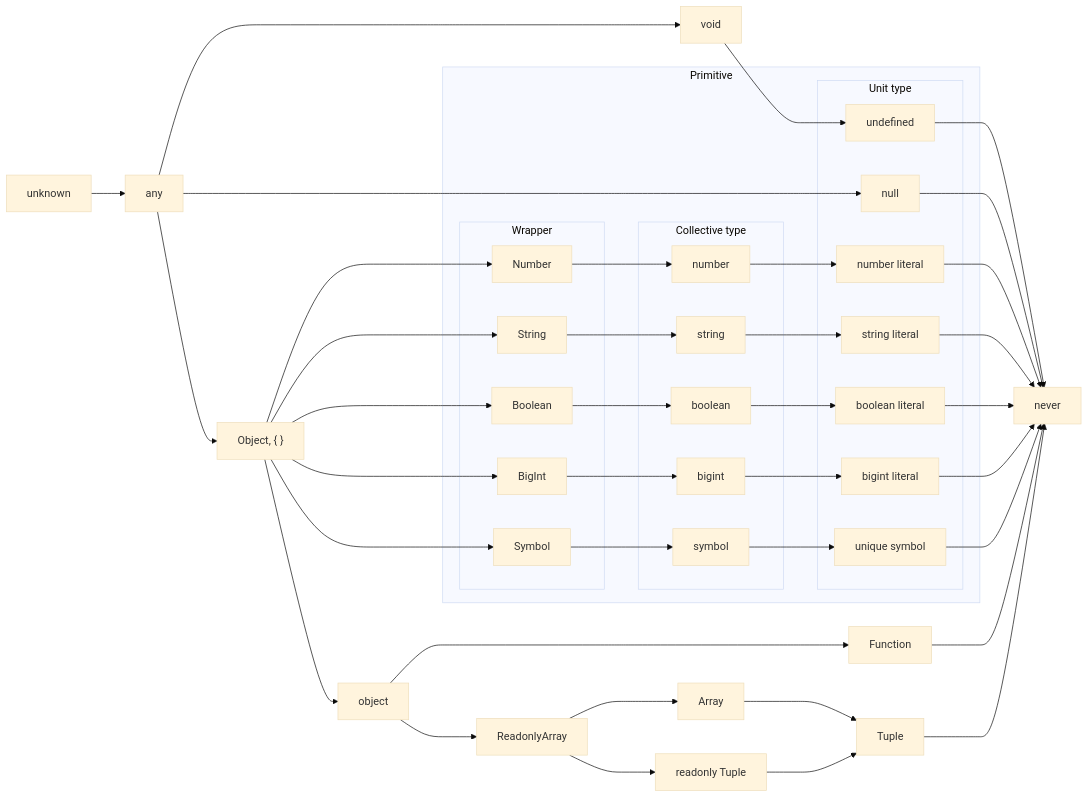
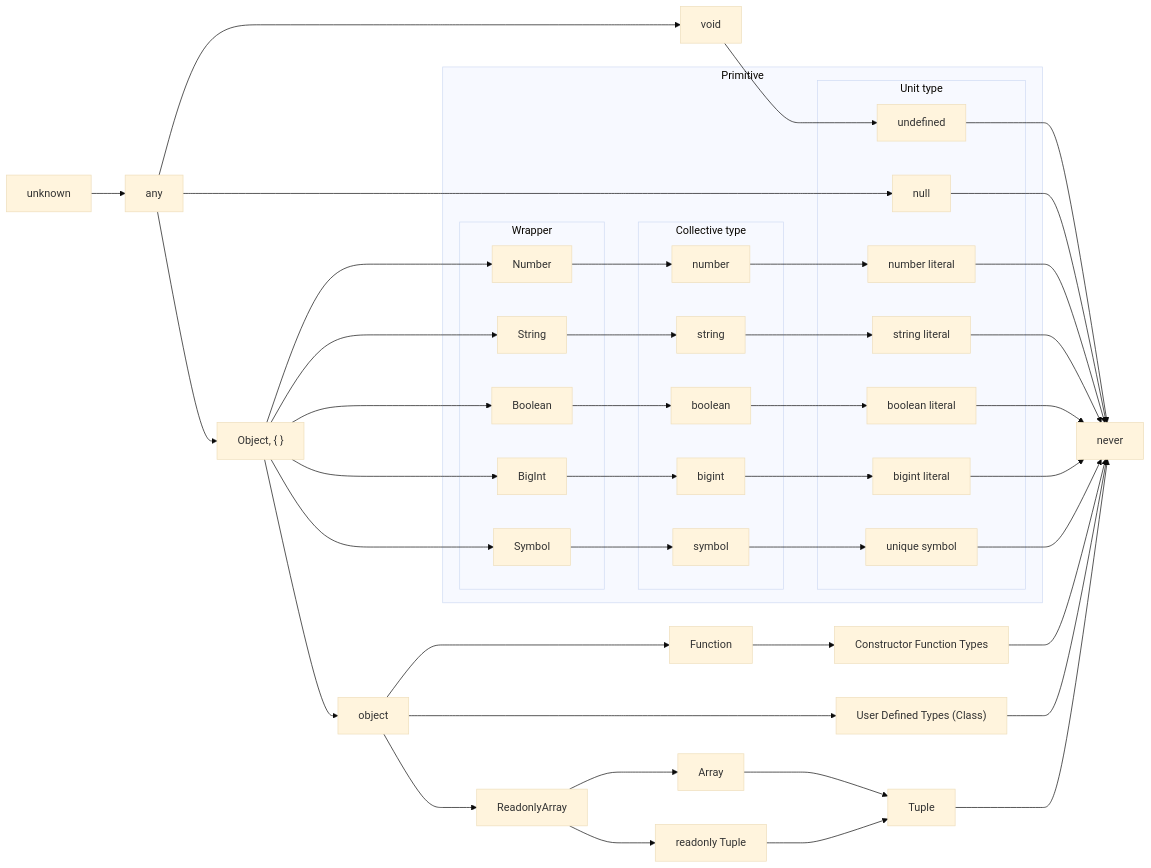
The fourth of 5 diagrams in articles/typescript-type-set-hierarchy.md (yo-goto/zenn-public-repo), drawn with Mermaid (base theme) before and after one commit. The commit also changed other lines of this file, not shown here.

````diff
--- a/articles/typescript-type-set-hierarchy.md
+++ b/articles/typescript-type-set-hierarchy.md
@@ -526,50 +527,53 @@
 ```mermaid
 graph LR
   U[unknown]
   N[never]
   A[any]
   V[void]
   O["Object, { }"]
   obj[object]
+  udt["User Defined Types (Class)"]
+  cons["Constructor Function Types"]
   U --> A
   A --> V --> undefined --> N
   A --> null --> N
   A --> O --> Number & String & Boolean & BigInt & Symbol & obj
   subgraph Primitive
     subgraph Unit[Unit type]
       undefined
       null
       nl[number literal]
       sl[string literal]
       bl[boolean literal]
       bil[bigint literal]
       us[unique symbol]
     end
     subgraph Col[Collective type]
       number
       string
       boolean
       bigint
       symbol
     end
     subgraph Wrap[Wrapper]
       Number
       String
       Boolean
       BigInt
       Symbol
     end
     Number --> number --> nl[number literal]
     String --> string --> sl[string literal]
     Boolean --> boolean --> bl[boolean literal]
     BigInt --> bigint --> bil[bigint literal]
     Symbol --> symbol --> us[unique symbol]
   end
   nl --> N
   sl --> N
   bl --> N
   bil --> N
   us --> N
-  obj --> Function --> N
+  obj --> Function --> cons --> N
+  obj --> udt --> N
   obj --> ReadonlyArray --> Array & RT[readonly Tuple] --> Tuple --> N
 ```
````
